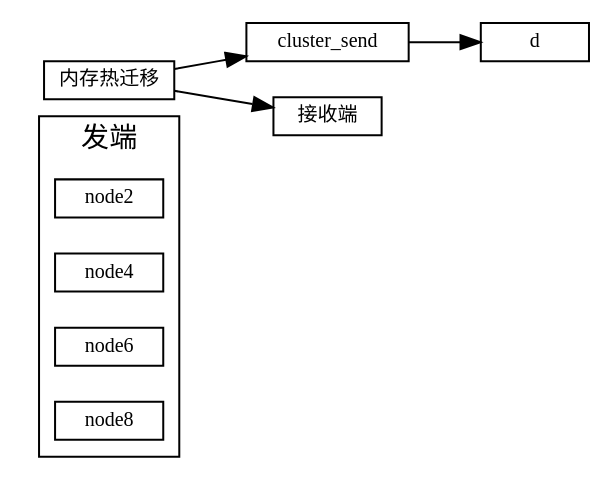
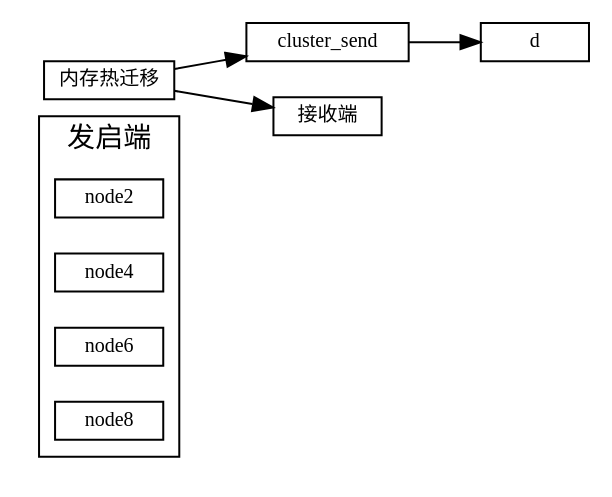
Before and after one commit to sisyphus1212/note: the diagram in 虚拟化/热迁移/1-内存热迁移.md, drawn with Graphviz.

Commit message:
auto_update

````diff
--- a/虚拟化/热迁移/1-内存热迁移.md
+++ b/虚拟化/热迁移/1-内存热迁移.md
@@ -11,21 +11,21 @@
 ```graphviz
 digraph 热迁移 {
 fontname="Helvetica,Arial,sans-serif"
 //node [fontname="Helvetica,Arial,sans-serif"]
 edge [fontname="Helvetica,Arial,sans-serif"]
 rankdir="LR"
 node [fontsize=10, shape=box, height=0.25]
 edge [fontsize=10]
 
   subgraph cluster_send {
-    label="发端";
+    label="发启端";
     node2; node4; node6; node8;
   }
 
 内存热迁移 [label="内存热迁移"]
 内存热迁移 -> cluster_send
            -> d
 
 内存热迁移 -> 接收端
 }
 ```
````
